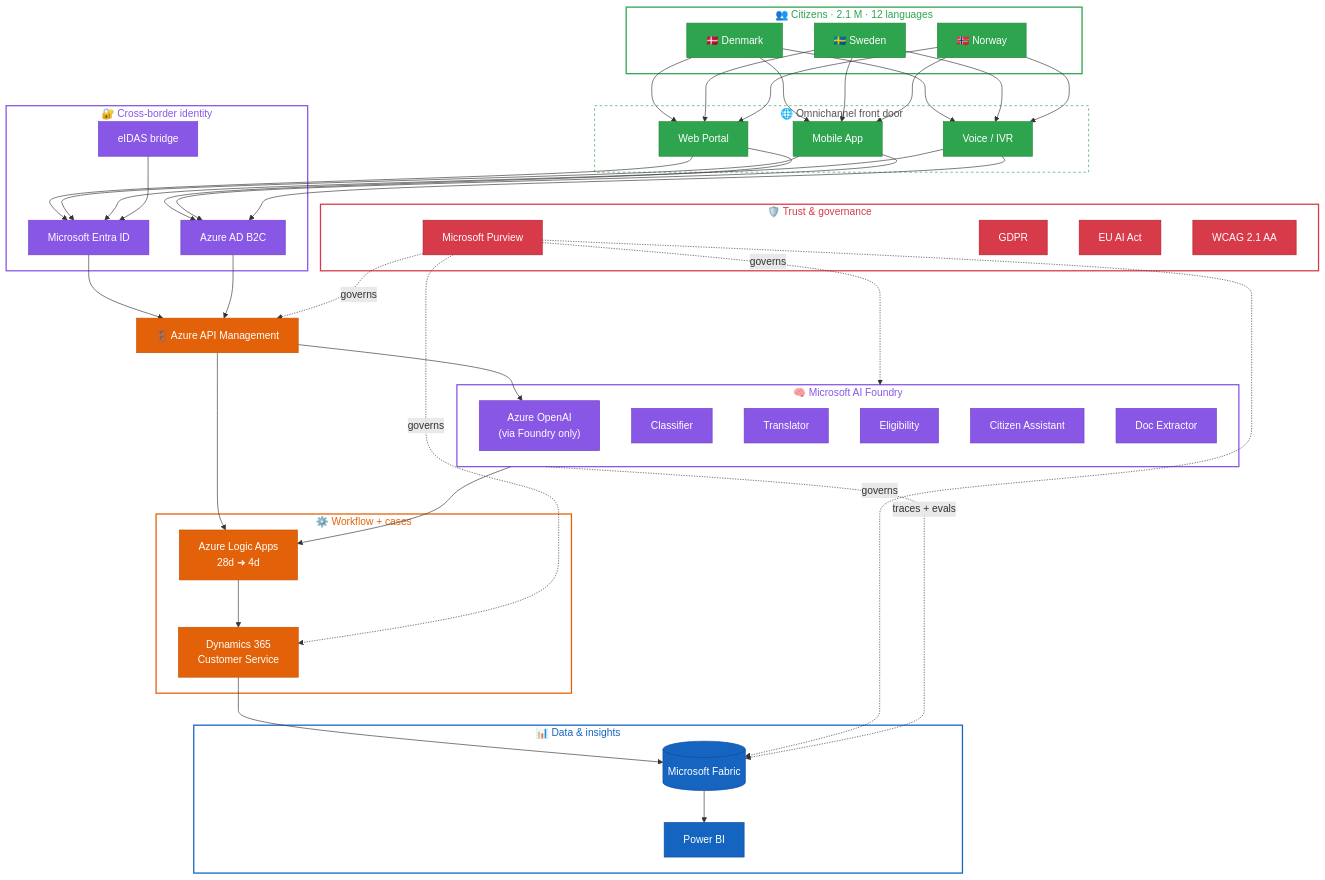
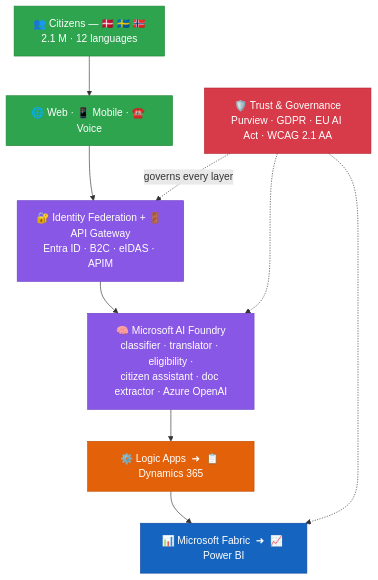
One commit to fredgis/UDCSP changed the second of 2 diagrams in README.md. Above: the diagram before and after it, drawn with Mermaid. The commit also changed other lines of this file and 1 other file, not shown here.

Commit message:
Move detailed architecture into architecture.md, keep README diagram minimal
Architecture.md section 2 now opens with the full SkyNav-style high-level diagram (2.1) before the existing layered detail (2.2). The README keeps a much simpler 7-box flow (Citizens -> Channels -> Identity+Gateway -> Foundry -> Process -> Data, with Governance wrapping) and links to the deep diagram.

````diff
--- a/README.md
+++ b/README.md
@@ -60,105 +60,23 @@
 ```mermaid
 graph TB
-    subgraph Citizens[" 👥 Citizens · 2.1 M · 12 languages "]
-        DK["🇩🇰 Denmark"]
-        SE["🇸🇪 Sweden"]
-        NO["🇳🇴 Norway"]
-    end
+    Citizens["👥 Citizens — 🇩🇰 🇸🇪 🇳🇴<br/>2.1 M · 12 languages"]
+    Channels["🌐 Web · 📱 Mobile · ☎️ Voice"]
+    Edge["🔐 Identity Federation + 🚪 API Gateway<br/>Entra ID · B2C · eIDAS · APIM"]
+    Foundry["🧠 Microsoft AI Foundry<br/>classifier · translator · eligibility ·<br/>citizen assistant · doc extractor · Azure OpenAI"]
+    Process["⚙️ Logic Apps  ➜  📋 Dynamics 365"]
+    Data["📊 Microsoft Fabric  ➜  📈 Power BI"]
+    Governance["🛡️ Trust &amp; Governance<br/>Purview · GDPR · EU AI Act · WCAG 2.1 AA"]
 
-    subgraph Channels[" 🌐 Omnichannel front door "]
-        Web["Web Portal"]
-        Mobile["Mobile App"]
-        Voice["Voice / IVR"]
-    end
+    Citizens --> Channels --> Edge --> Foundry --> Process --> Data
+    Governance -. governs every layer .-> Edge
+    Governance -.-> Foundry
+    Governance -.-> Data
 
-    subgraph Identity[" 🔐 Cross-border identity "]
-        Entra["Microsoft Entra ID"]
-        B2C["Azure AD B2C"]
-        eIDAS["eIDAS bridge"]
-    end
-
-    APIM["🚪 Azure API Management"]
-
-    subgraph Foundry[" 🧠 Microsoft AI Foundry "]
-        OpenAI["Azure OpenAI<br/>(via Foundry only)"]
-        Classifier["Classifier"]
-        Translator["Translator"]
-        Eligibility["Eligibility"]
-        Assistant["Citizen Assistant"]
-        DocExtractor["Doc Extractor"]
-    end
-
-    subgraph Process[" ⚙️ Workflow + cases "]
-        LogicApps["Azure Logic Apps<br/>28d ➜ 4d"]
-        D365["Dynamics 365<br/>Customer Service"]
-    end
-
-    subgraph DataPlatform[" 📊 Data & insights "]
-        Fabric[("Microsoft Fabric")]
-        PowerBI["Power BI"]
-    end
-
-    subgraph Governance[" 🛡️ Trust & governance "]
-        Purview["Microsoft Purview"]
-        GDPR["GDPR"]
-        AIAct["EU AI Act"]
-        WCAG["WCAG 2.1 AA"]
-    end
-
-    DK & SE & NO --> Web & Mobile & Voice
-    Web & Mobile & Voice --> Entra
-    Web & Mobile & Voice --> B2C
-    eIDAS --> Entra
-    Entra --> APIM
-    B2C --> APIM
-    APIM --> OpenAI
-    APIM --> LogicApps
-    Foundry --> LogicApps
-    LogicApps --> D365
-    D365 --> Fabric
-    Fabric --> PowerBI
-    Foundry -.->|traces + evals| Fabric
-    Purview -.->|governs| APIM
-    Purview -.->|governs| Foundry
-    Purview -.->|governs| Fabric
-    Purview -.->|governs| D365
-
-    style Citizens fill:transparent,stroke:#2ea44f,stroke-width:2px,color:#2ea44f
-    style Channels fill:transparent,stroke:#2ea44f,stroke-dasharray:4,color:#555
-    style Identity fill:transparent,stroke:#8957e5,stroke-width:2px,color:#8957e5
-    style Foundry fill:transparent,stroke:#8957e5,stroke-width:2px,color:#8957e5
-    style Process fill:transparent,stroke:#e36209,stroke-width:2px,color:#e36209
-    style DataPlatform fill:transparent,stroke:#1565c0,stroke-width:2px,color:#1565c0
-    style Governance fill:transparent,stroke:#d73a49,stroke-width:2px,color:#d73a49
-
-    style DK fill:#2ea44f,stroke:#238636,color:#fff
-    style SE fill:#2ea44f,stroke:#238636,color:#fff
-    style NO fill:#2ea44f,stroke:#238636,color:#fff
-    style Web fill:#2ea44f,stroke:#238636,color:#fff
-    style Mobile fill:#2ea44f,stroke:#238636,color:#fff
-    style Voice fill:#2ea44f,stroke:#238636,color:#fff
-
-    style Entra fill:#8957e5,stroke:#6e40c9,color:#fff
-    style B2C fill:#8957e5,stroke:#6e40c9,color:#fff
-    style eIDAS fill:#8957e5,stroke:#6e40c9,color:#fff
-
-    style APIM fill:#e36209,stroke:#c24e00,color:#fff
-
-    style OpenAI fill:#8957e5,stroke:#6e40c9,color:#fff
-    style Classifier fill:#8957e5,stroke:#6e40c9,color:#fff
-    style Translator fill:#8957e5,stroke:#6e40c9,color:#fff
-    style Eligibility fill:#8957e5,stroke:#6e40c9,color:#fff
-    style Assistant fill:#8957e5,stroke:#6e40c9,color:#fff
-    style DocExtractor fill:#8957e5,stroke:#6e40c9,color:#fff
-
-    style LogicApps fill:#e36209,stroke:#c24e00,color:#fff
-    style D365 fill:#e36209,stroke:#c24e00,color:#fff
-
-    style Fabric fill:#1565c0,stroke:#0d47a1,color:#fff
-    style PowerBI fill:#1565c0,stroke:#0d47a1,color:#fff
-
-    style Purview fill:#d73a49,stroke:#b31d28,color:#fff
-    style GDPR fill:#d73a49,stroke:#b31d28,color:#fff
-    style AIAct fill:#d73a49,stroke:#b31d28,color:#fff
-    style WCAG fill:#d73a49,stroke:#b31d28,color:#fff
+    style Citizens fill:#2ea44f,stroke:#238636,color:#fff
+    style Channels fill:#2ea44f,stroke:#238636,color:#fff
+    style Edge fill:#8957e5,stroke:#6e40c9,color:#fff
+    style Foundry fill:#8957e5,stroke:#6e40c9,color:#fff
+    style Process fill:#e36209,stroke:#c24e00,color:#fff
+    style Data fill:#1565c0,stroke:#0d47a1,color:#fff
+    style Governance fill:#d73a49,stroke:#b31d28,color:#fff
 ```
````
